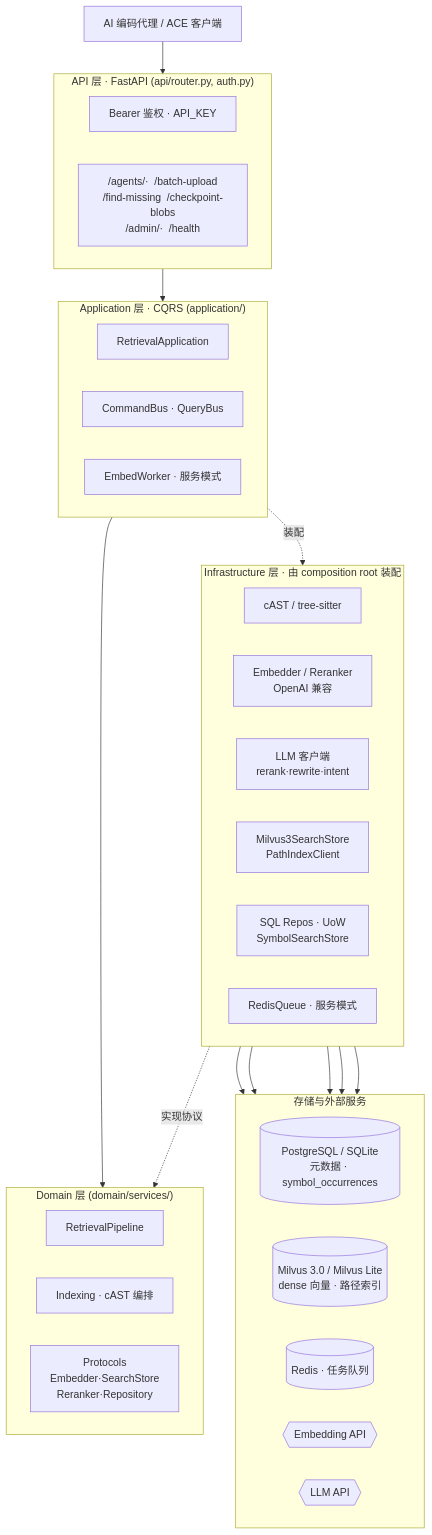
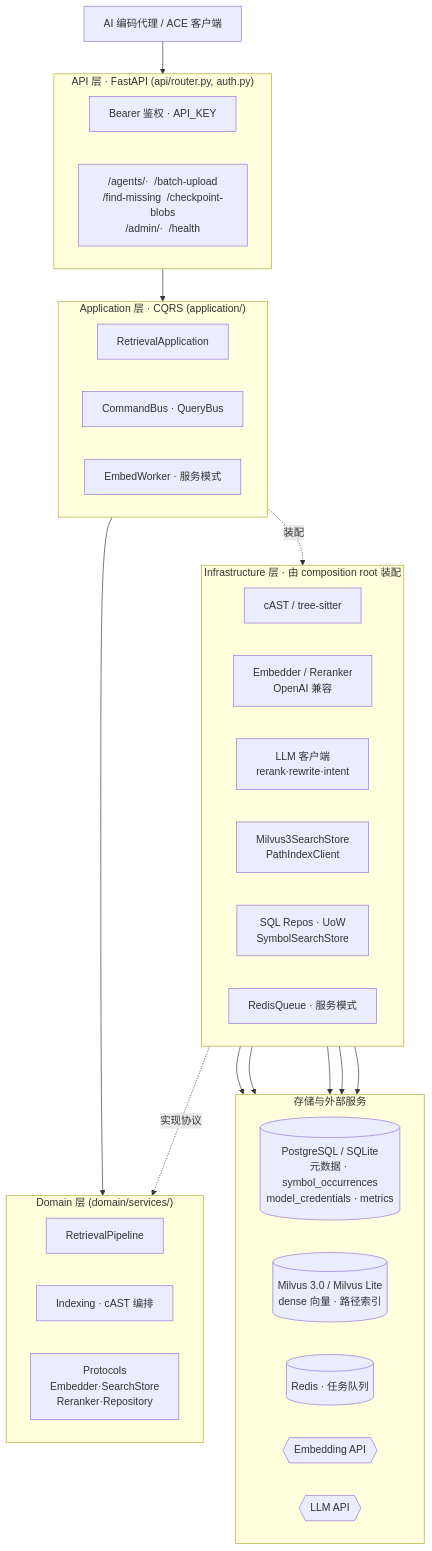
One commit to oce-ai/oce changed the first of 2 diagrams in README.zh-CN.md. Above: the diagram before and after it, drawn with Mermaid. The commit also changed other lines of this file and 2 other files, not shown here.

First line of the commit message:
docs: sync README/AGENTS with current API, credentials, monitoring

````diff
--- a/README.zh-CN.md
+++ b/README.zh-CN.md
@@ -158,55 +181,55 @@
 ```mermaid
 flowchart TB
     Client["AI 编码代理 / ACE 客户端"]
 
     subgraph API["API 层 · FastAPI (api/router.py, auth.py)"]
         direction LR
         Auth["Bearer 鉴权 · API_KEY"]
         Endpoints["/agents/·  /batch-upload<br/>/find-missing  /checkpoint-blobs<br/>/admin/·  /health"]
     end
 
     subgraph APP["Application 层 · CQRS (application/)"]
         direction LR
         AppSvc["RetrievalApplication"]
         Buses["CommandBus · QueryBus"]
         Worker["EmbedWorker · 服务模式"]
     end
 
     subgraph DOMAIN["Domain 层 (domain/services/)"]
         direction LR
         Pipeline["RetrievalPipeline"]
         Indexing["Indexing · cAST 编排"]
         Proto["Protocols<br/>Embedder·SearchStore<br/>Reranker·Repository"]
     end
 
     subgraph INFRA["Infrastructure 层 · 由 composition root 装配"]
         direction LR
         Chunker["cAST / tree-sitter"]
         Embed["Embedder / Reranker<br/>OpenAI 兼容"]
         LLMC["LLM 客户端<br/>rerank·rewrite·intent"]
         Vector["Milvus3SearchStore<br/>PathIndexClient"]
         Sql["SQL Repos · UoW<br/>SymbolSearchStore"]
         RedisQ["RedisQueue · 服务模式"]
     end
 
     subgraph STORE["存储与外部服务"]
         direction LR
-        DB[("PostgreSQL / SQLite<br/>元数据 · symbol_occurrences")]
+        DB[("PostgreSQL / SQLite<br/>元数据 · symbol_occurrences<br/>model_credentials · metrics")]
         Milvus[("Milvus 3.0 / Milvus Lite<br/>dense 向量 · 路径索引")]
         Redis[("Redis · 任务队列")]
         EmbedAPI{{"Embedding API"}}
         LLMAPI{{"LLM API"}}
     end
 
     Client --> API
     API --> APP
     APP --> DOMAIN
     APP -. 装配 .-> INFRA
     INFRA -. 实现协议 .-> DOMAIN
 
     Embed --> EmbedAPI
     LLMC --> LLMAPI
     Vector --> Milvus
     Sql --> DB
     RedisQ --> Redis
 ```
````
